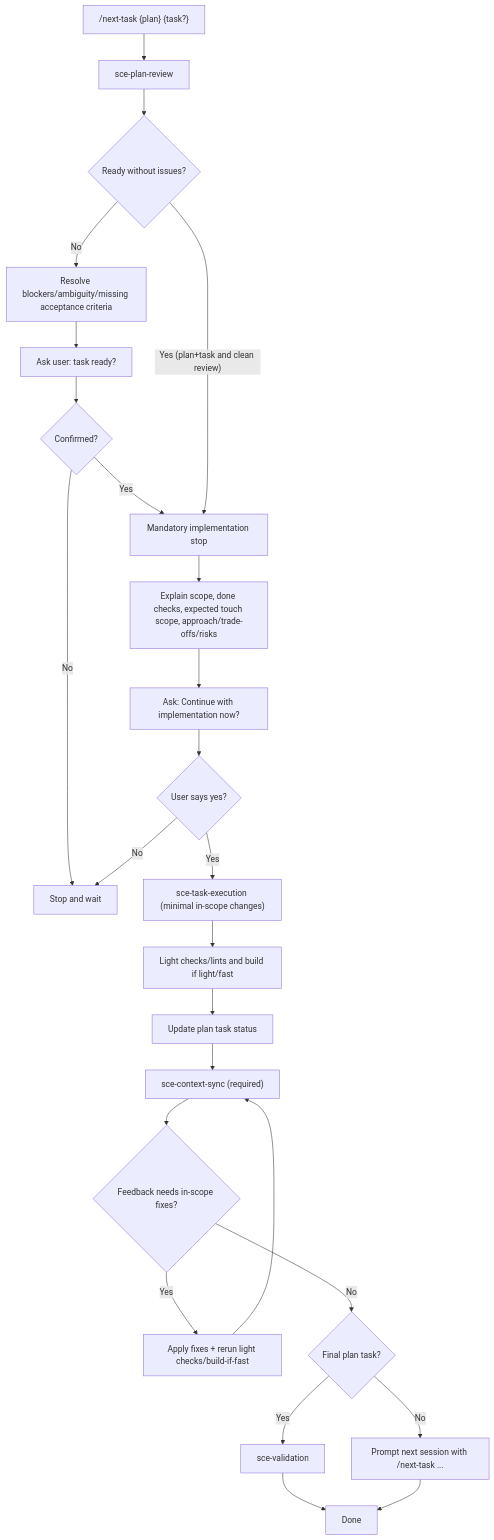
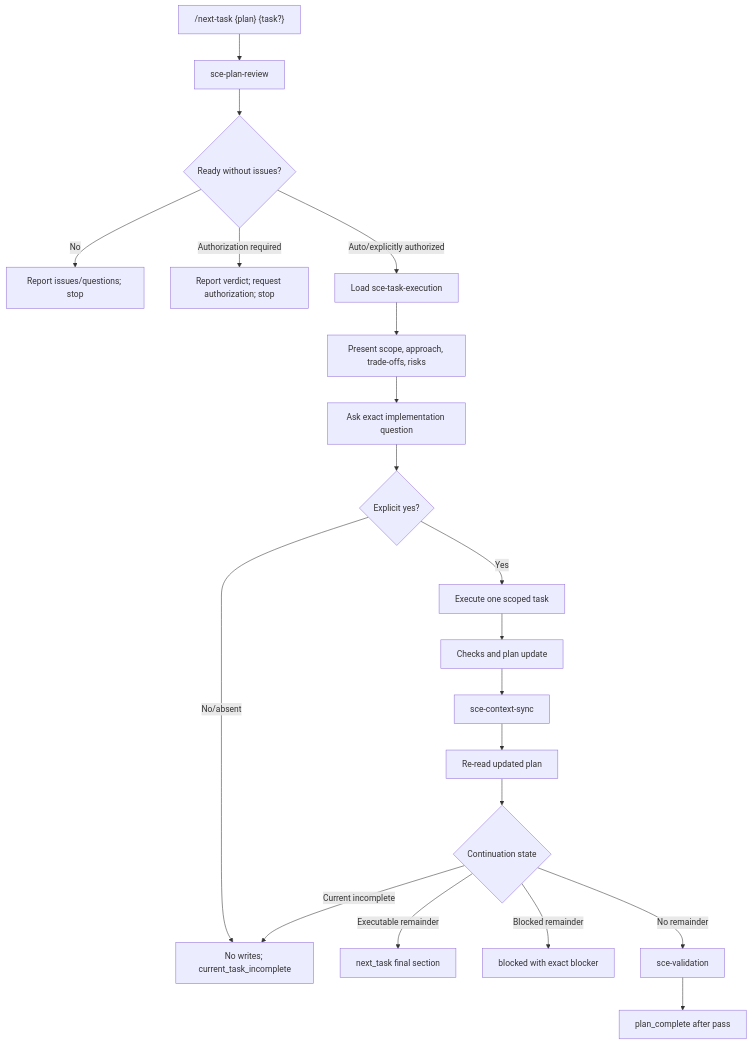
Before and after one commit to crocoder-dev/shared-context-engineering: the diagram in context/sce/shared-context-code-workflow.md, drawn with Mermaid. The commit also changed other lines of this file and 24 other files, not shown here.

First line of the commit message:
next-task: Enforce deterministic workflow terminal boundaries

````diff
--- a/context/sce/shared-context-code-workflow.md
+++ b/context/sce/shared-context-code-workflow.md
@@ -43,32 +44,25 @@
 ```mermaid
 flowchart TD
     A["/next-task {plan} {task?}"] --> B["sce-plan-review"]
     B --> C{"Ready without issues?"}
 
-    C -- "No" --> D["Resolve blockers/ambiguity/missing acceptance criteria"]
-    D --> E["Ask user: task ready?"]
-    E --> F{"Confirmed?"}
-    F -- "No" --> Z["Stop and wait"]
-    F -- "Yes" --> G["Mandatory implementation stop"]
+    C -- "No" --> D["Report issues/questions; stop"]
+    C -- "Authorization required" --> E["Report verdict; request authorization; stop"]
+    C -- "Auto/explicitly authorized" --> G["Load sce-task-execution"]
 
-    C -- "Yes (plan+task and clean review)" --> G
+    G --> H["Present scope, approach, trade-offs, risks"]
+    H --> I["Ask exact implementation question"]
+    I --> J{"Explicit yes?"}
+    J -- "No/absent" --> Z["No writes; current_task_incomplete"]
+    J -- "Yes" --> K["Execute one scoped task"]
 
-    G --> H["Explain scope, done checks, expected touch scope, approach/trade-offs/risks"]
-    H --> I["Ask: Continue with implementation now?"]
-    I --> J{"User says yes?"}
-    J -- "No" --> Z
-    J -- "Yes" --> K["sce-task-execution (minimal in-scope changes)"]
-
-    K --> L["Light checks/lints and build if light/fast"]
-    L --> M["Update plan task status"]
-    M --> N["sce-context-sync (required)"]
-
-    N --> O{"Feedback needs in-scope fixes?"}
-    O -- "Yes" --> P["Apply fixes + rerun light checks/build-if-fast"]
-    P --> N
-    O -- "No" --> Q{"Final plan task?"}
-    Q -- "Yes" --> R["sce-validation"]
-    Q -- "No" --> S["Prompt next session with /next-task ..."]
-    R --> T["Done"]
-    S --> T
+    K --> L["Checks and plan update"]
+    L --> N["sce-context-sync"]
+    N --> O["Re-read updated plan"]
+    O --> Q{"Continuation state"}
+    Q -- "Current incomplete" --> Z
+    Q -- "Executable remainder" --> S["next_task final section"]
+    Q -- "Blocked remainder" --> B1["blocked with exact blocker"]
+    Q -- "No remainder" --> R["sce-validation"]
+    R --> T["plan_complete after pass"]
 ```
````
